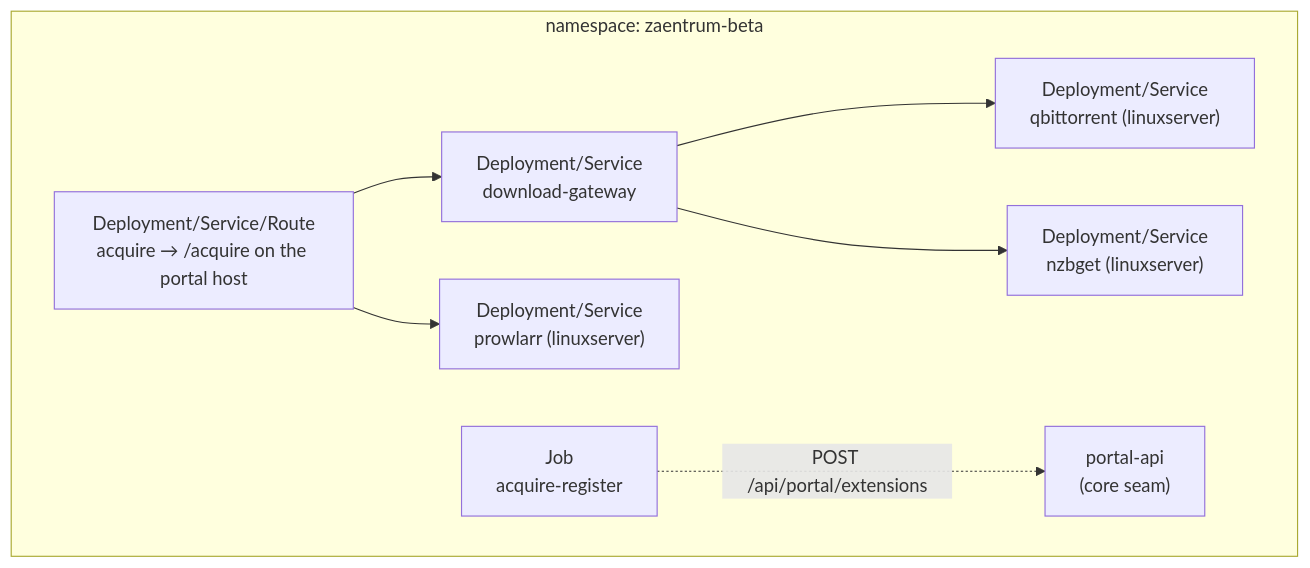
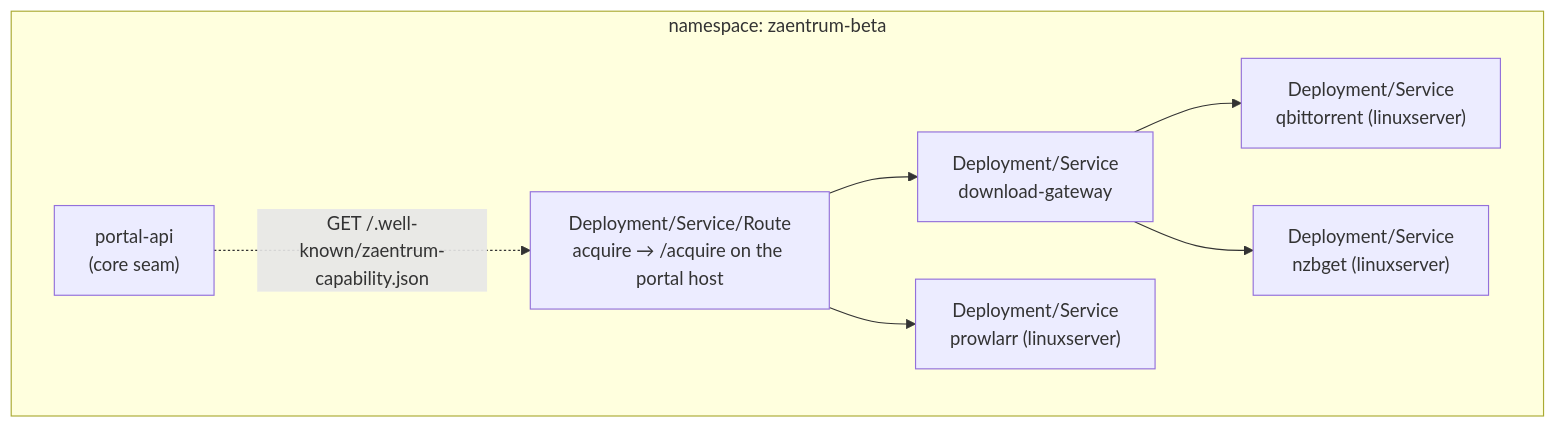
Before and after one commit to laedeli/acquire: the diagram in docs/deploying.md, drawn with Mermaid. The commit also changed other lines of this file and 1 other file, not shown here.

First line of the commit message:
Docs: acquire is installed from the portal, not self-registered

````diff
--- a/docs/deploying.md
+++ b/docs/deploying.md
@@ -33,15 +33,14 @@
 ```mermaid
 flowchart TB
     subgraph ns["namespace: zaentrum-beta"]
         ACQ["Deployment/Service/Route<br/>acquire → /acquire on the portal host"]
         GW["Deployment/Service<br/>download-gateway"]
         QB["Deployment/Service<br/>qbittorrent (linuxserver)"]
         NZ["Deployment/Service<br/>nzbget (linuxserver)"]
         PR["Deployment/Service<br/>prowlarr (linuxserver)"]
-        REG["Job<br/>acquire-register"]
         PAPI["portal-api<br/>(core seam)"]
     end
     ACQ --> GW --> QB & NZ
     ACQ --> PR
-    REG -.->|"POST /api/portal/extensions"| PAPI
+    PAPI -.->|"GET /.well-known/zaentrum-capability.json"| ACQ
 ```
````
